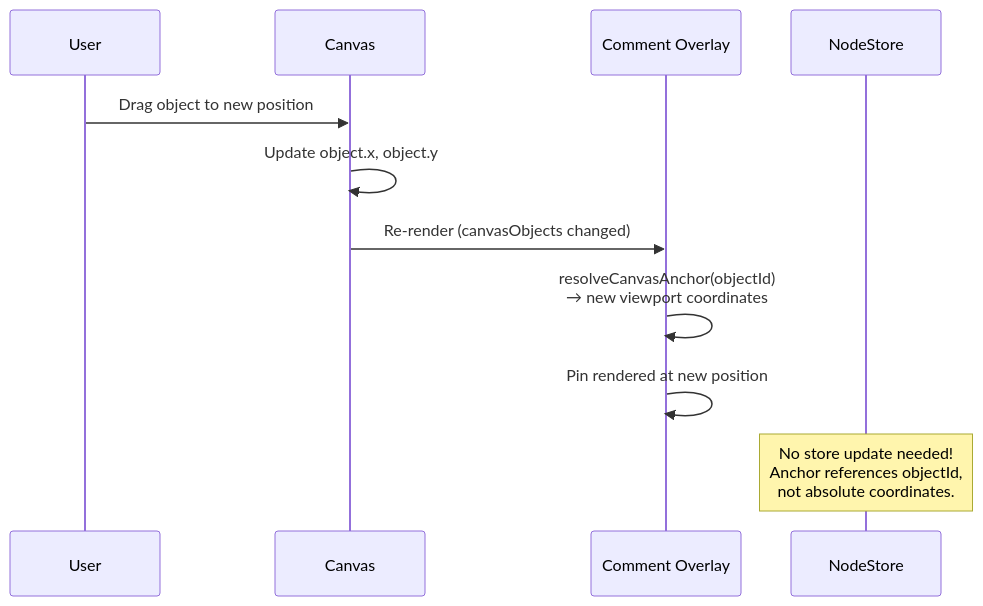
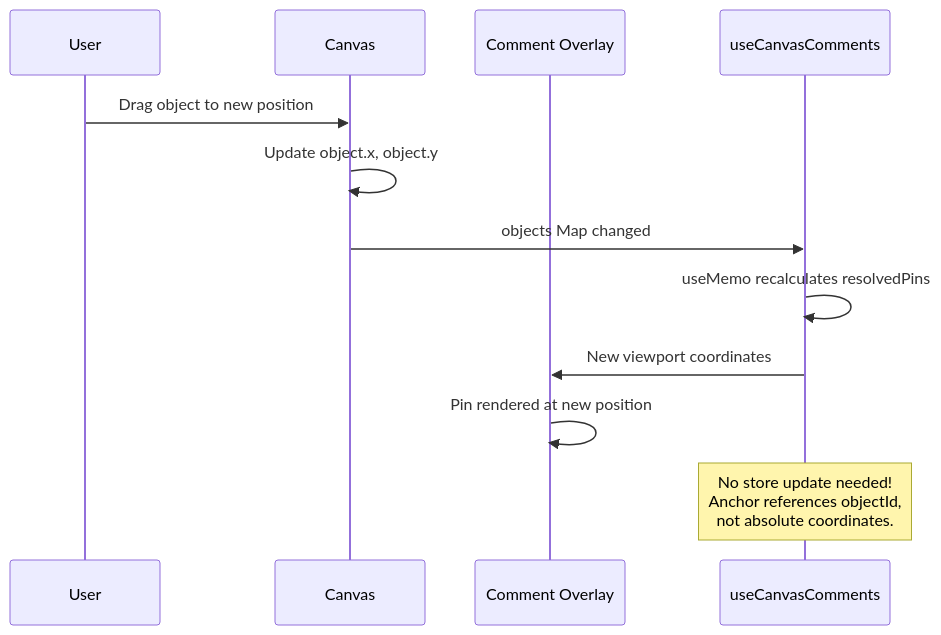
Before and after one commit to crs48/xNet: the second of 2 diagrams in docs/planStep03_6Comments/07-canvas-comments.md, drawn with Mermaid. The commit also changed other lines of this file and 8 other files, not shown here.

````diff
--- a/docs/planStep03_6Comments/07-canvas-comments.md
+++ b/docs/planStep03_6Comments/07-canvas-comments.md
@@ -330,15 +497,16 @@
 ```mermaid
 sequenceDiagram
     participant User
     participant Canvas
     participant Overlay as Comment Overlay
-    participant Store as NodeStore
+    participant Hook as useCanvasComments
 
     User->>Canvas: Drag object to new position
     Canvas->>Canvas: Update object.x, object.y
-    Canvas->>Overlay: Re-render (canvasObjects changed)
-    Overlay->>Overlay: resolveCanvasAnchor(objectId)<br/>→ new viewport coordinates
+    Canvas->>Hook: objects Map changed
+    Hook->>Hook: useMemo recalculates resolvedPins
+    Hook->>Overlay: New viewport coordinates
     Overlay->>Overlay: Pin rendered at new position
 
-    Note over Store: No store update needed!<br/>Anchor references objectId,<br/>not absolute coordinates.
+    Note over Hook: No store update needed!<br/>Anchor references objectId,<br/>not absolute coordinates.
 ```
````
